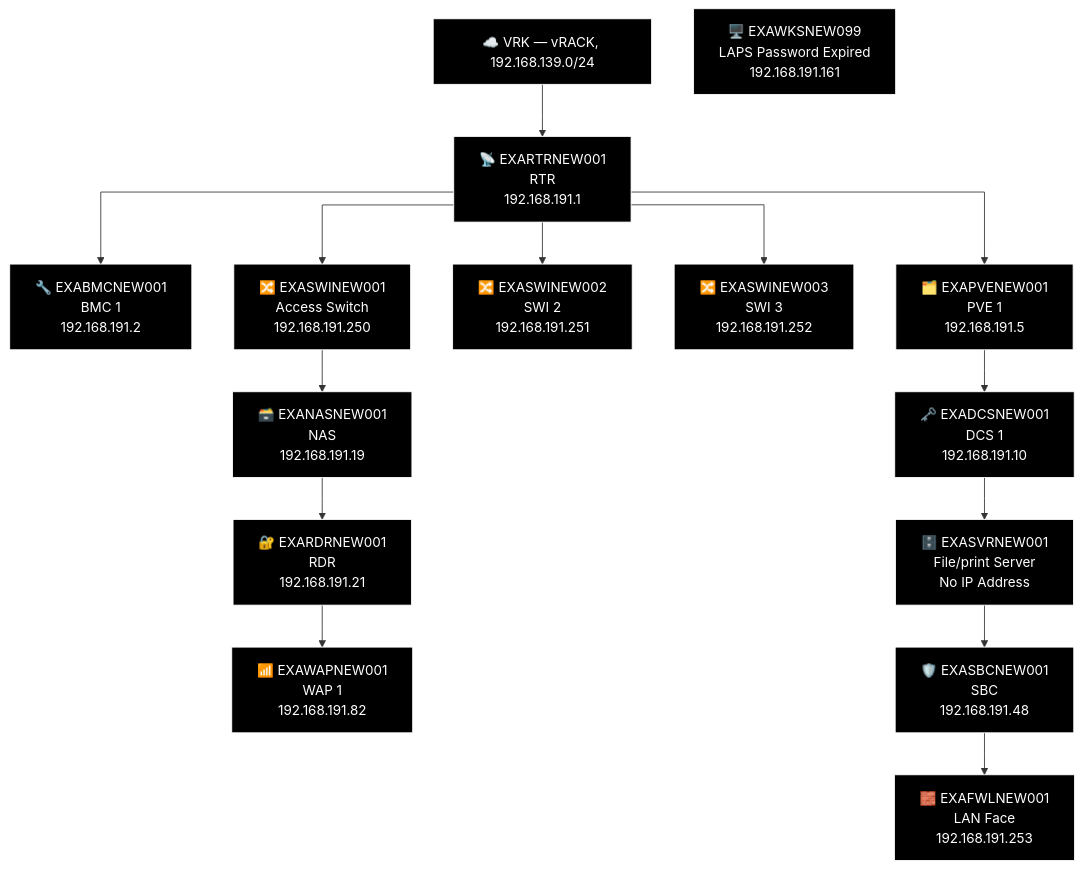
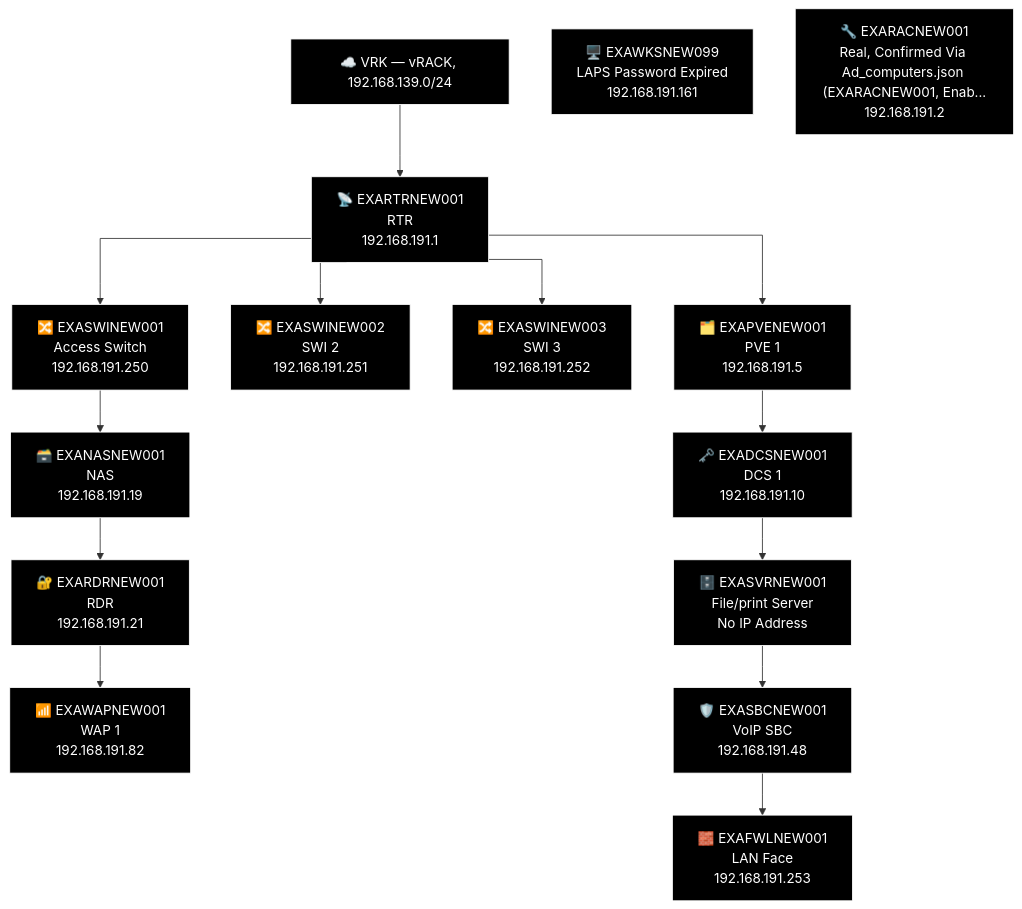
Before and after one commit to knightmare2600/example_music_infra: diagram 15 of 27 in docs/network-diagram/england.md, drawn with Mermaid. The commit also changed other lines of this file and 36 other files, not shown here.

First line of the commit message:
devices.csv: add real WAP/SBC/RAC/NAS/ILO/FWL rows for the missing-row backlog

````diff
--- a/docs/network-diagram/england.md
+++ b/docs/network-diagram/england.md
@@ -744,44 +740,43 @@
 ```mermaid
 %% GENERATED:TOPOLOGY:NEW:START
 %%{init: {'flowchart': {'curve': 'stepAfter'}}}%%
 graph TD
     T_VRK["☁️ VRK — vRACK, 192.168.139.0/24"]
     T_RTR["📡 EXARTRNEW001<br/>RTR<br/>192.168.191.1"]
     T_VRK --> T_RTR
-    T_BMC["🔧 EXABMCNEW001<br/>BMC 1<br/>192.168.191.2"]
-    T_RTR --> T_BMC
     T_PVE["🗂️ EXAPVENEW001<br/>PVE 1<br/>192.168.191.5"]
     T_RTR --> T_PVE
     T_SWI["🔀 EXASWINEW002<br/>SWI 2<br/>192.168.191.251"]
     T_RTR --> T_SWI
     T_SWI2["🔀 EXASWINEW003<br/>SWI 3<br/>192.168.191.252"]
     T_RTR --> T_SWI2
     T_SWI3["🔀 EXASWINEW001<br/>Access Switch<br/>192.168.191.250"]
     T_RTR --> T_SWI3
     T_NAS["🗃️ EXANASNEW001<br/>NAS<br/>192.168.191.19"]
     T_RDR["🔐 EXARDRNEW001<br/>RDR<br/>192.168.191.21"]
     T_WAP["📶 EXAWAPNEW001<br/>WAP 1<br/>192.168.191.82"]
     T_SWI3 --> T_NAS --> T_RDR --> T_WAP
     T_DCS["🗝️ EXADCSNEW001<br/>DCS 1<br/>192.168.191.10"]
     T_SVR["🗄️ EXASVRNEW001<br/>File/print Server<br/>No IP Address"]
-    T_SBC["🛡️ EXASBCNEW001<br/>SBC<br/>192.168.191.48"]
+    T_SBC["🛡️ EXASBCNEW001<br/>VoIP SBC<br/>192.168.191.48"]
     T_FWL["🧱 EXAFWLNEW001<br/>LAN Face<br/>192.168.191.253"]
     T_PVE --> T_DCS --> T_SVR --> T_SBC --> T_FWL
     T_WKS["🖥️ EXAWKSNEW099<br/>LAPS Password Expired<br/>192.168.191.161"]
+    T_RAC["🔧 EXARACNEW001<br/>Real, Confirmed Via Ad_computers.json (EXARACNEW001, Enab...<br/>192.168.191.2"]
     style T_VRK fill:#000000,stroke:#FFFFFF,color:#FFFFFF
     style T_RTR fill:#000000,stroke:#FFFFFF,color:#FFFFFF
-    style T_BMC fill:#000000,stroke:#FFFFFF,color:#FFFFFF
     style T_PVE fill:#000000,stroke:#FFFFFF,color:#FFFFFF
     style T_SWI fill:#000000,stroke:#FFFFFF,color:#FFFFFF
     style T_SWI2 fill:#000000,stroke:#FFFFFF,color:#FFFFFF
     style T_SWI3 fill:#000000,stroke:#FFFFFF,color:#FFFFFF
     style T_NAS fill:#000000,stroke:#FFFFFF,color:#FFFFFF
     style T_RDR fill:#000000,stroke:#FFFFFF,color:#FFFFFF
     style T_WAP fill:#000000,stroke:#FFFFFF,color:#FFFFFF
     style T_DCS fill:#000000,stroke:#FFFFFF,color:#FFFFFF
     style T_SVR fill:#000000,stroke:#FFFFFF,color:#FFFFFF
     style T_SBC fill:#000000,stroke:#FFFFFF,color:#FFFFFF
     style T_FWL fill:#000000,stroke:#FFFFFF,color:#FFFFFF
     style T_WKS fill:#000000,stroke:#FFFFFF,color:#FFFFFF
+    style T_RAC fill:#000000,stroke:#FFFFFF,color:#FFFFFF
 %% GENERATED:TOPOLOGY:NEW:END
 ```
````
